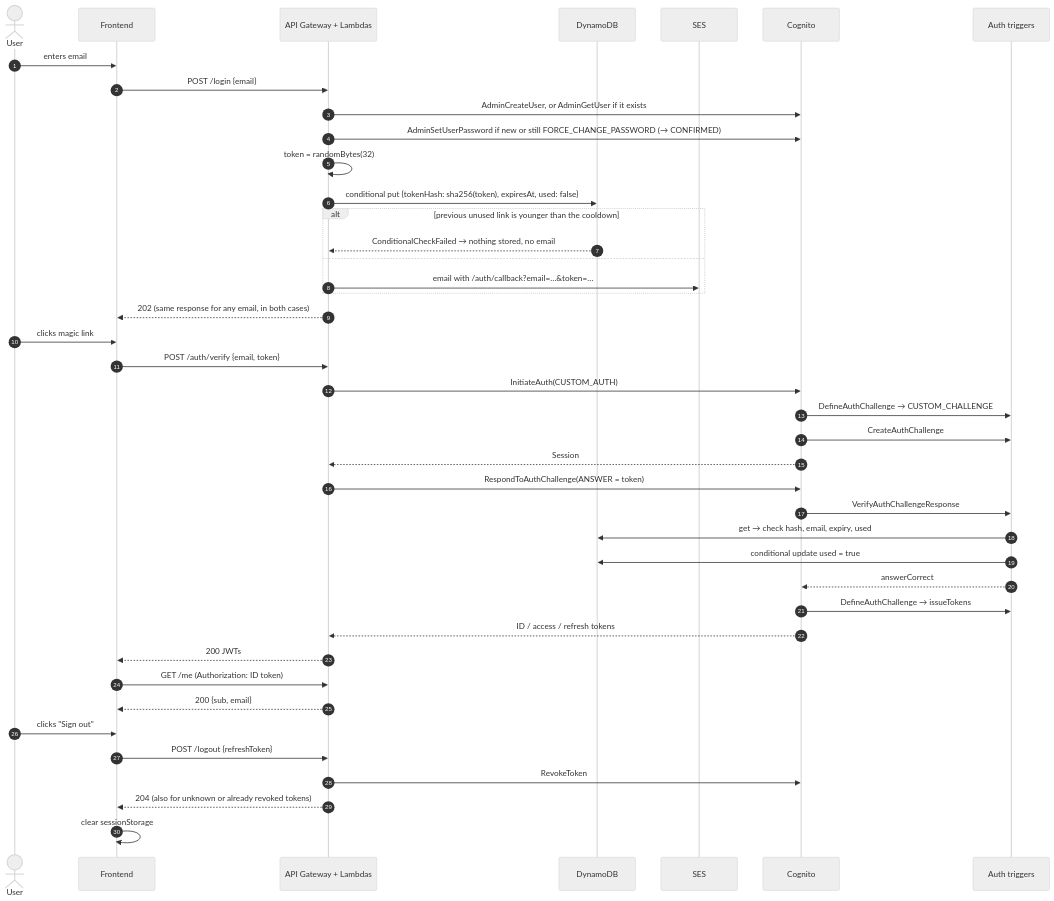
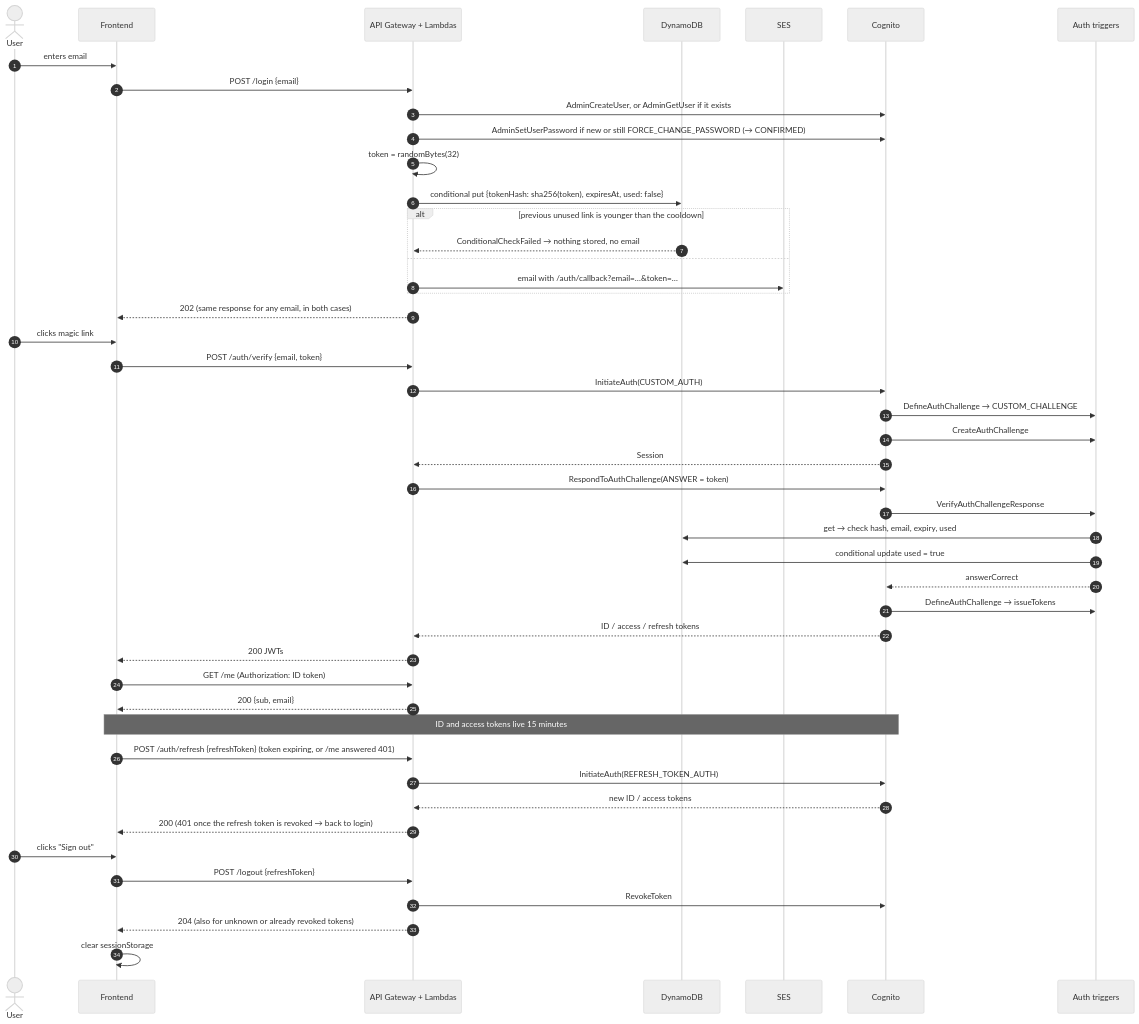
The diagram in README.md (luizcurti/magic-links-with-amazon-cognito), drawn with Mermaid (neutral theme) before and after one commit. The commit also changed other lines of this file and 36 other files, not shown here.

````diff
--- a/README.md
+++ b/README.md
@@ -71,47 +72,53 @@
 ```mermaid
 sequenceDiagram
     autonumber
     actor U as User
     participant FE as Frontend
     participant API as API Gateway + Lambdas
     participant DB as DynamoDB
     participant SES as SES
     participant C as Cognito
     participant T as Auth triggers
 
     U->>FE: enters email
     FE->>API: POST /login {email}
     API->>C: AdminCreateUser, or AdminGetUser if it exists
     API->>C: AdminSetUserPassword if new or still FORCE_CHANGE_PASSWORD (→ CONFIRMED)
     API->>API: token = randomBytes(32)
     API->>DB: conditional put {tokenHash: sha256(token), expiresAt, used: false}
     alt previous unused link is younger than the cooldown
         DB-->>API: ConditionalCheckFailed → nothing stored, no email
     else
         API->>SES: email with /auth/callback?email=…&token=…
     end
     API-->>FE: 202 (same response for any email, in both cases)
 
     U->>FE: clicks magic link
     FE->>API: POST /auth/verify {email, token}
     API->>C: InitiateAuth(CUSTOM_AUTH)
     C->>T: DefineAuthChallenge → CUSTOM_CHALLENGE
     C->>T: CreateAuthChallenge
     C-->>API: Session
     API->>C: RespondToAuthChallenge(ANSWER = token)
     C->>T: VerifyAuthChallengeResponse
     T->>DB: get → check hash, email, expiry, used
     T->>DB: conditional update used = true
     T-->>C: answerCorrect
     C->>T: DefineAuthChallenge → issueTokens
     C-->>API: ID / access / refresh tokens
     API-->>FE: 200 JWTs
     FE->>API: GET /me (Authorization: ID token)
     API-->>FE: 200 {sub, email}
 
+    Note over FE,C: ID and access tokens live 15 minutes
+    FE->>API: POST /auth/refresh {refreshToken} (token expiring, or /me answered 401)
+    API->>C: InitiateAuth(REFRESH_TOKEN_AUTH)
+    C-->>API: new ID / access tokens
+    API-->>FE: 200 (401 once the refresh token is revoked → back to login)
+
     U->>FE: clicks "Sign out"
     FE->>API: POST /logout {refreshToken}
     API->>C: RevokeToken
     API-->>FE: 204 (also for unknown or already revoked tokens)
     FE->>FE: clear sessionStorage
 ```
````
